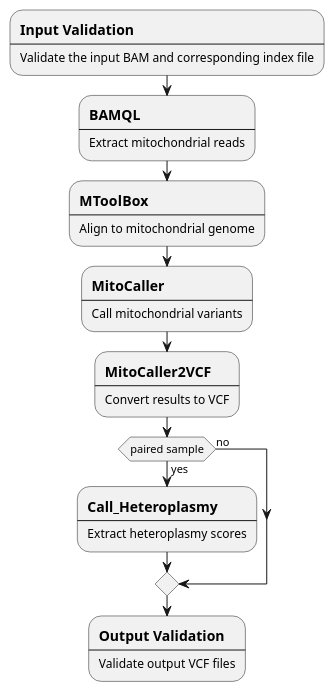
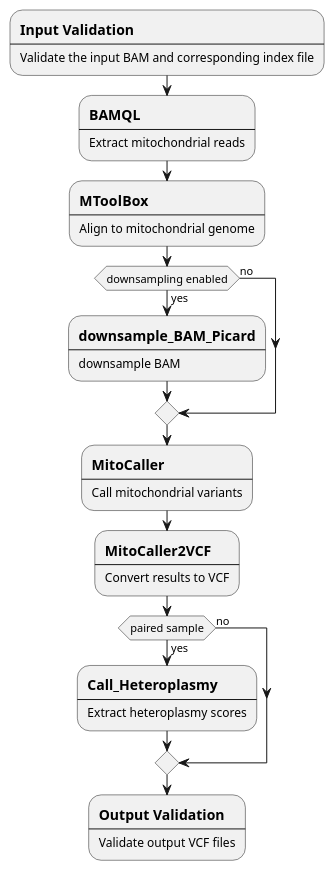
One commit to uclahs-cds/pipeline-call-mtSNV changed the diagram in development/call-mtsnv-flow.puml. Above: the diagram before and after it, drawn with PlantUML. The commit also changed 16 other files, not shown here.

```diff
--- a/development/call-mtsnv-flow.puml
+++ b/development/call-mtsnv-flow.puml
@@ -1,30 +1,36 @@
 @startuml
 skinparam SwimlaneTitleFontStyle bold
 
 
 :==Input Validation
 ----
 Validate the input BAM and corresponding index file;
 :==BAMQL
 ----
 Extract mitochondrial reads;
 :==MToolBox
 ----
 Align to mitochondrial genome;
+if (downsampling enabled) then (yes)
+  :==downsample_BAM_Picard
+  ----
+  downsample BAM;
+else (no)
+endif
 :==MitoCaller
 ----
 Call mitochondrial variants;
 :==MitoCaller2VCF
 ----
 Convert results to VCF;
 if (paired sample) then (yes)
   :==Call_Heteroplasmy
   ----
   Extract heteroplasmy scores;
 else (no)
 endif
 :==Output Validation
 ----
 Validate output VCF files;
 
 @enduml
```
